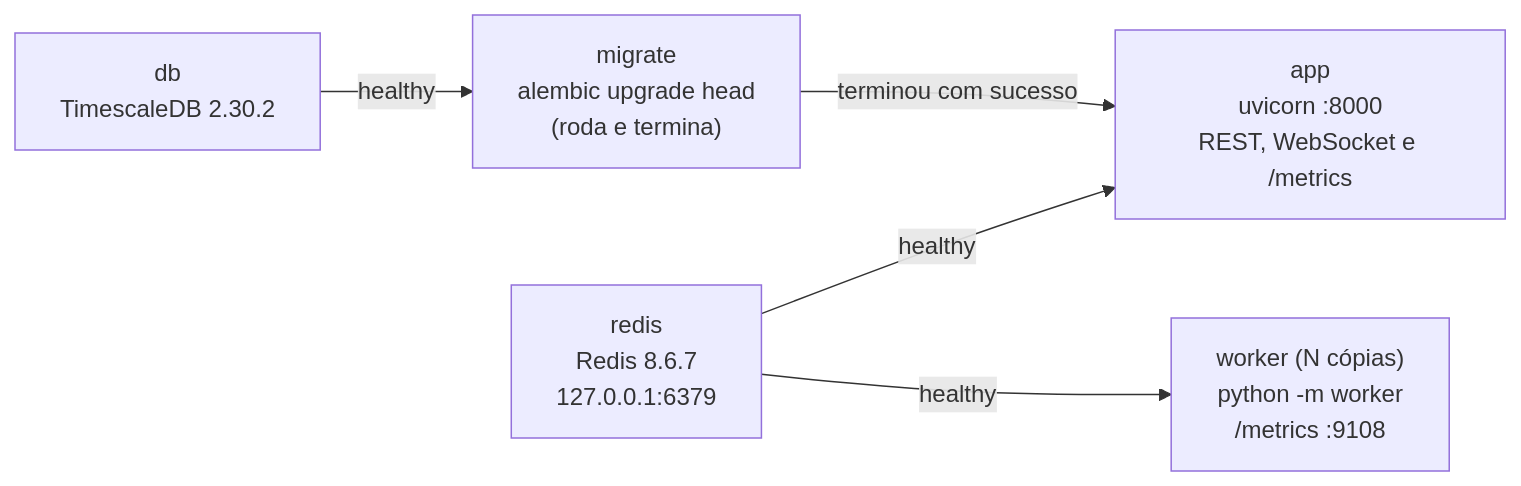
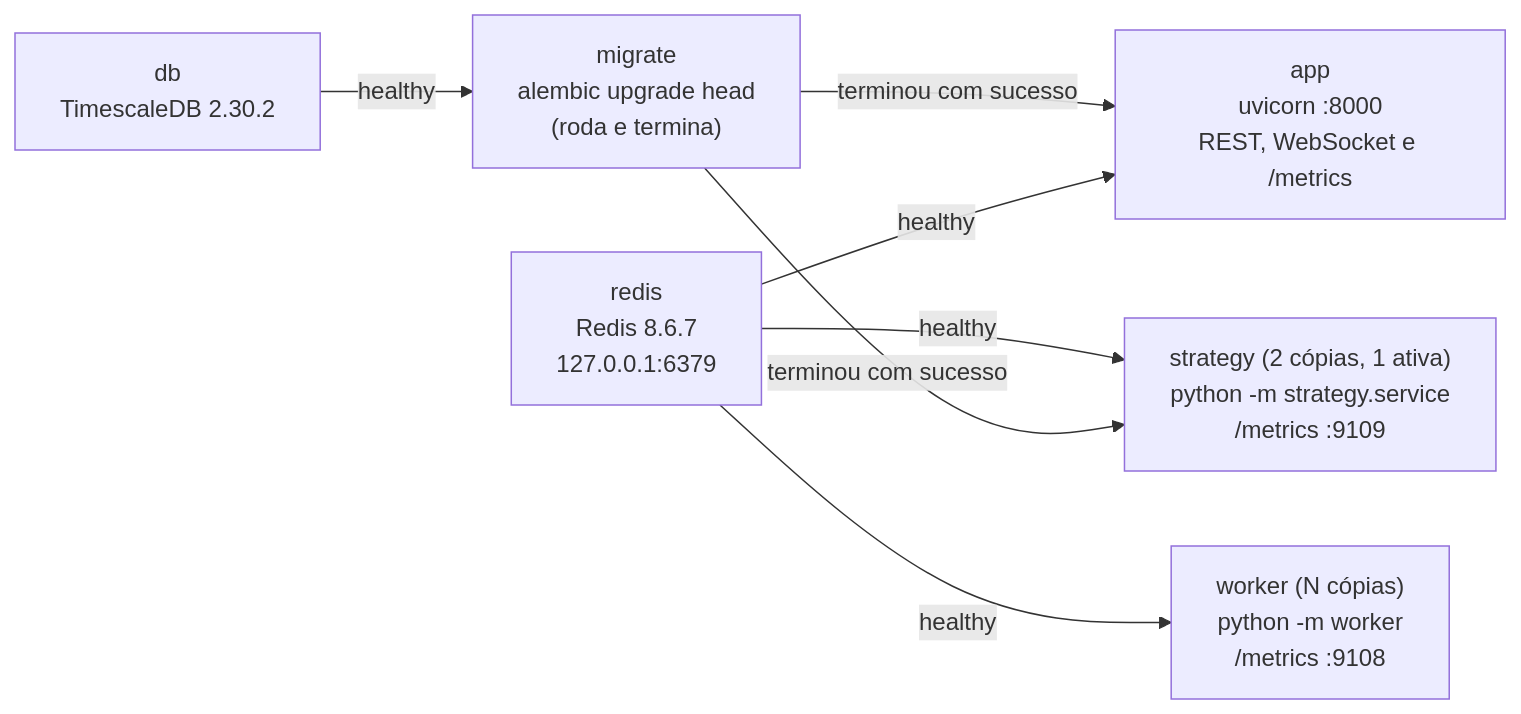
The fourth of 6 diagrams in README.md (isabelaohanadev/f1-race-engineer), drawn with Mermaid before and after one commit. The commit also changed other lines of this file and 1 other file, not shown here.

First line of the commit message:
docs(strategy): estratégia ao vivo, o payload, os testes e o que não foi validado

````diff
--- a/README.md
+++ b/README.md
@@ -140,7 +140,9 @@
 ```mermaid
 flowchart LR
     DB["db<br/>TimescaleDB 2.30.2"] -- "healthy" --> MIG["migrate<br/>alembic upgrade head<br/>(roda e termina)"]
     MIG -- "terminou com sucesso" --> APP["app<br/>uvicorn :8000<br/>REST, WebSocket e /metrics"]
     RED["redis<br/>Redis 8.6.7<br/>127.0.0.1:6379"] -- "healthy" --> APP
     RED -- "healthy" --> WRK["worker (N cópias)<br/>python -m worker<br/>/metrics :9108"]
+    RED -- "healthy" --> STR["strategy (2 cópias, 1 ativa)<br/>python -m strategy.service<br/>/metrics :9109"]
+    MIG -- "terminou com sucesso" --> STR
 ```
````
